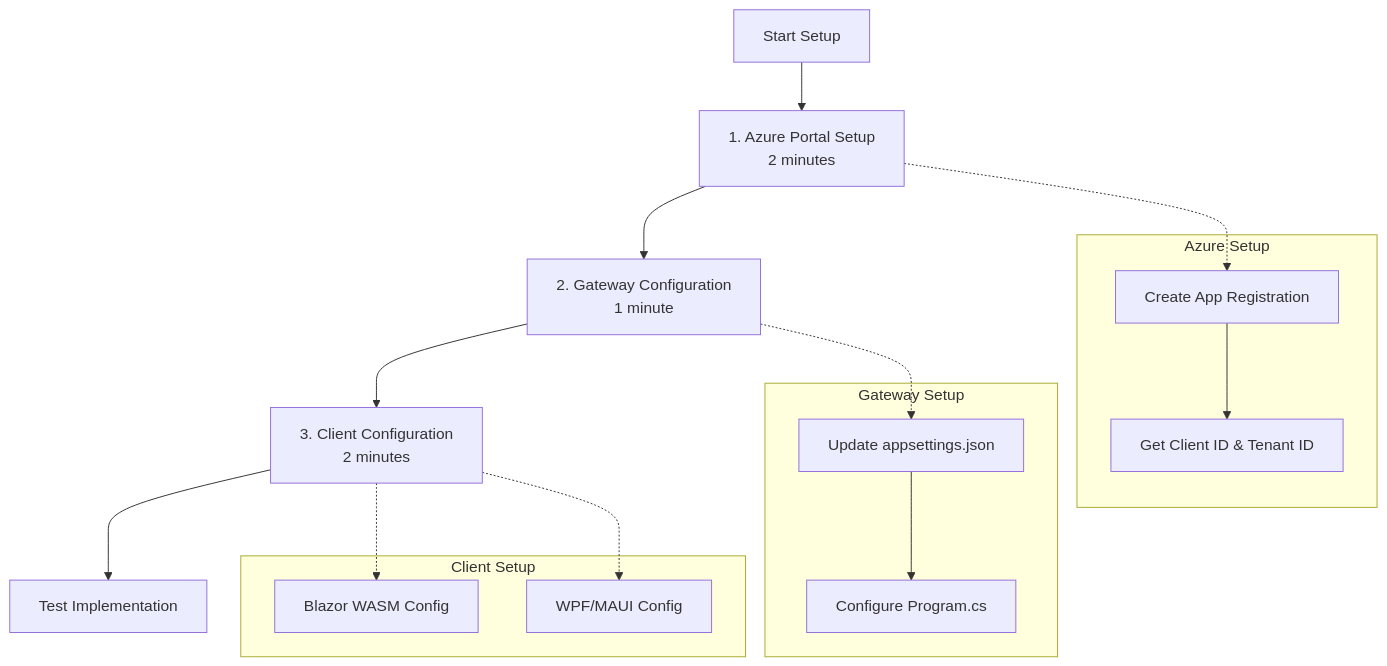
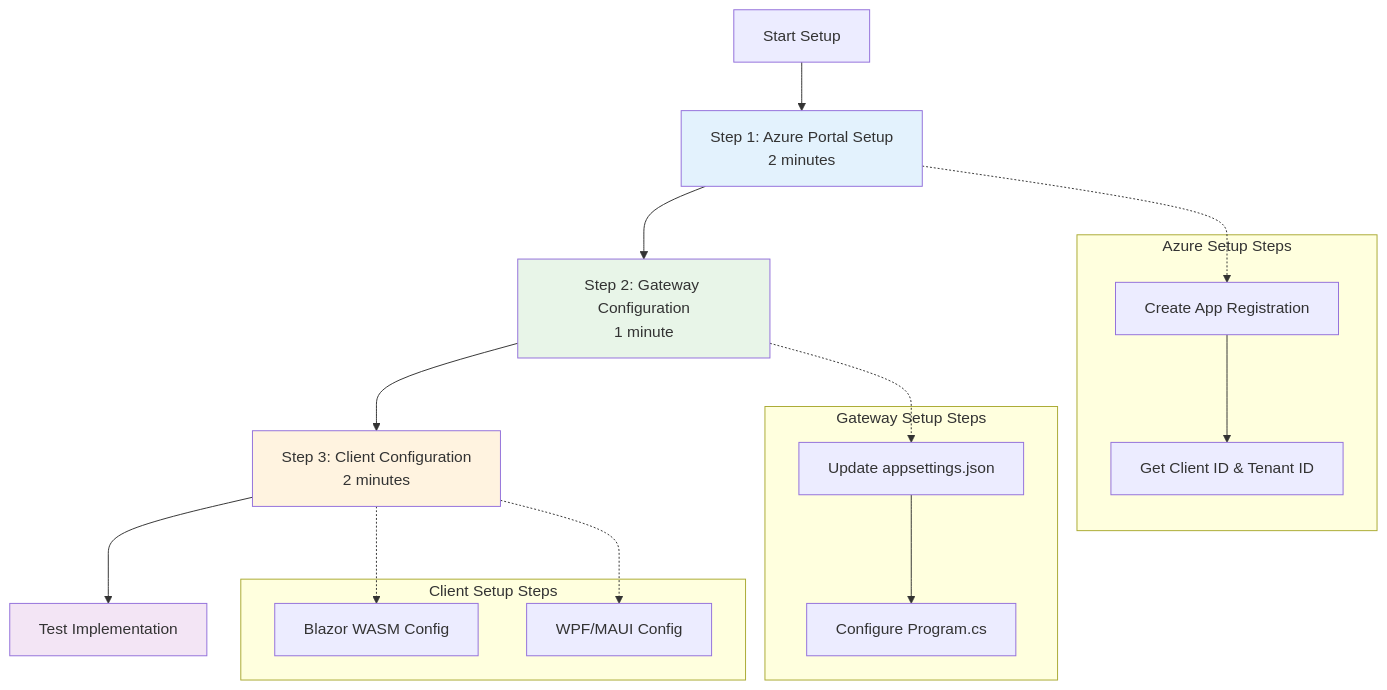
One commit to CodebreakerApp/Codebreaker.Backend changed the first of 4 diagrams in docs/authentication/quick-start.md. Above: the diagram before and after it, drawn with Mermaid. The commit also changed other lines of this file and 1 other file, not shown here.

Commit message:
Refactor diagrams for clarity and add setup timeline
Updated the Token Lifecycle diagram in `architecture-diagrams.md`:
- Added detailed states, transitions, and explanatory notes.
- Grouped related states into nested structures for readability.
- Enhanced the Token Lifecycle Stages section with step-by-step details.

Improved the Setup Flow Overview in `quick-start.md`:
- Renamed steps for consistency and clarity.
- Reorganized subgraphs with descriptive names.
- Added color-coded styles for visual distinction.
- Introduced a Setup Timeline summarizing configuration steps.

Streamlined both diagrams by removing redundant transitions and aligning with best practices for `mermaid` syntax.

````diff
--- a/docs/authentication/quick-start.md
+++ b/docs/authentication/quick-start.md
@@ -74,29 +74,34 @@
 ```mermaid
 flowchart TD
-    Start[Start Setup] --> Azure[1. Azure Portal Setup<br/>2 minutes]
-    Azure --> Gateway[2. Gateway Configuration<br/>1 minute]
-    Gateway --> Client[3. Client Configuration<br/>2 minutes]
+    Start[Start Setup] --> Azure[Step 1: Azure Portal Setup<br/>2 minutes]
+    Azure --> Gateway[Step 2: Gateway Configuration<br/>1 minute]
+    Gateway --> Client[Step 3: Client Configuration<br/>2 minutes]
     Client --> Test[Test Implementation]
     
-    subgraph "Azure Setup"
+    subgraph "Azure Setup Steps"
         CreateApp[Create App Registration]
         GetIDs[Get Client ID & Tenant ID]
         CreateApp --> GetIDs
     end
     
-    subgraph "Gateway Setup"
+    subgraph "Gateway Setup Steps"
         AppSettings[Update appsettings.json]
         ProgramCS[Configure Program.cs]
         AppSettings --> ProgramCS
     end
     
-    subgraph "Client Setup"
+    subgraph "Client Setup Steps"
         BlazorConfig[Blazor WASM Config]
         DesktopConfig[WPF/MAUI Config]
     end
     
     Azure -.-> CreateApp
     Gateway -.-> AppSettings
     Client -.-> BlazorConfig
     Client -.-> DesktopConfig
+    
+    style Azure fill:#e3f2fd
+    style Gateway fill:#e8f5e8
+    style Client fill:#fff3e0
+    style Test fill:#f3e5f5
 ```
````
